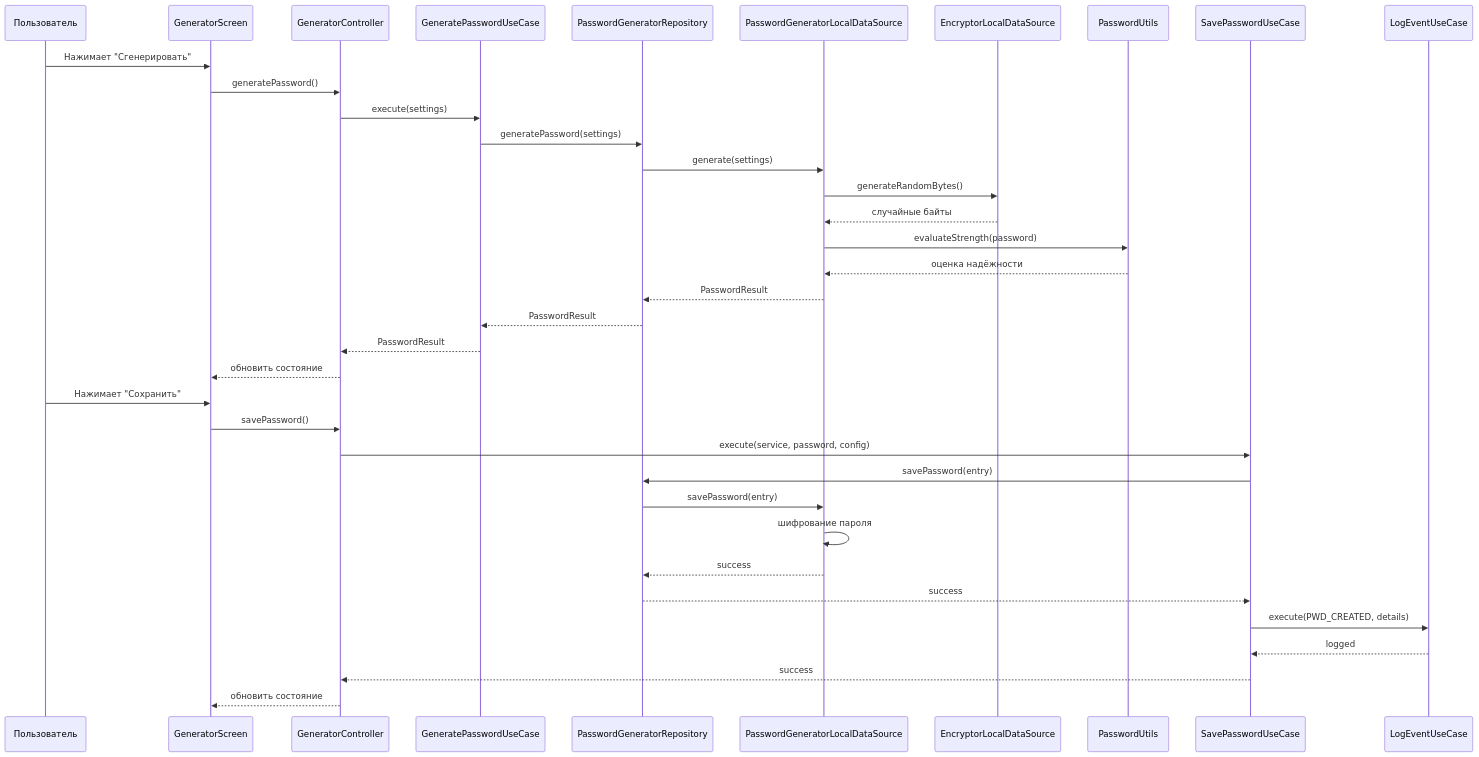
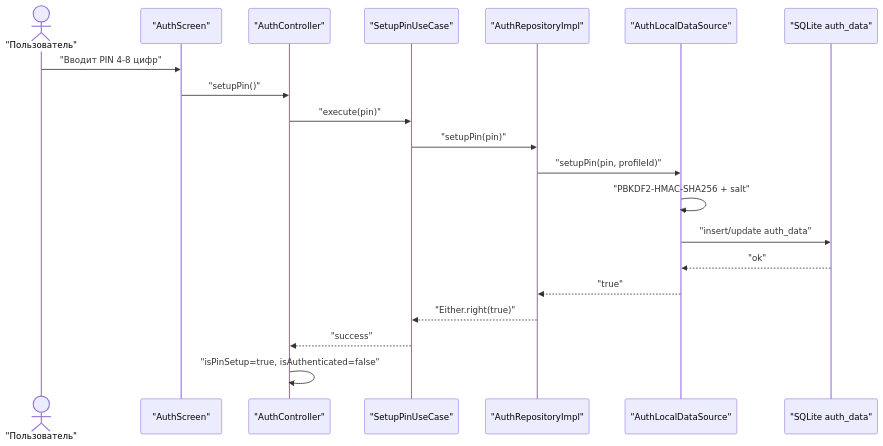
The second of 5 diagrams in docs/DEVELOPER.md (Azazlov/PassGen), drawn with Mermaid before and after one commit. The commit also changed other lines of this file and 8 other files, not shown here.

````diff
--- a/docs/DEVELOPER.md
+++ b/docs/DEVELOPER.md
@@ -856,40 +250,23 @@
 ```mermaid
 sequenceDiagram
-    participant U as Пользователь
-    participant UI as GeneratorScreen
-    participant C as GeneratorController
-    participant GUC as GeneratePasswordUseCase
-    participant PGR as PasswordGeneratorRepository
-    participant PGD as PasswordGeneratorLocalDataSource
-    participant ENC as EncryptorLocalDataSource
-    participant PU as PasswordUtils
-    participant SUC as SavePasswordUseCase
-    participant LUC as LogEventUseCase
+    actor User as "Пользователь"
+    participant UI as "AuthScreen"
+    participant C as "AuthController"
+    participant UC as "SetupPinUseCase"
+    participant R as "AuthRepositoryImpl"
+    participant DS as "AuthLocalDataSource"
+    participant DB as "SQLite auth_data"
 
-    U->>UI: Нажимает "Сгенерировать"
-    UI->>C: generatePassword()
-    C->>GUC: execute(settings)
-    GUC->>PGR: generatePassword(settings)
-    PGR->>PGD: generate(settings)
-    PGD->>ENC: generateRandomBytes()
-    ENC-->>PGD: случайные байты
-    PGD->>PU: evaluateStrength(password)
-    PU-->>PGD: оценка надёжности
-    PGD-->>PGR: PasswordResult
-    PGR-->>GUC: PasswordResult
-    GUC-->>C: PasswordResult
-    C-->>UI: обновить состояние
-
-    U->>UI: Нажимает "Сохранить"
-    UI->>C: savePassword()
-    C->>SUC: execute(service, password, config)
-    SUC->>PGR: savePassword(entry)
-    PGR->>PGD: savePassword(entry)
-    PGD->>PGD: шифрование пароля
-    PGD-->>PGR: success
-    PGR-->>SUC: success
-    SUC->>LUC: execute(PWD_CREATED, details)
-    LUC-->>SUC: logged
-    SUC-->>C: success
-    C-->>UI: обновить состояние
+    User->>UI: "Вводит PIN 4-8 цифр"
+    UI->>C: "setupPin()"
+    C->>UC: "execute(pin)"
+    UC->>R: "setupPin(pin)"
+    R->>DS: "setupPin(pin, profileId)"
+    DS->>DS: "PBKDF2-HMAC-SHA256 + salt"
+    DS->>DB: "insert/update auth_data"
+    DB-->>DS: "ok"
+    DS-->>R: "true"
+    R-->>UC: "Either.right(true)"
+    UC-->>C: "success"
+    C->>C: "isPinSetup=true, isAuthenticated=false"
 ```
````
